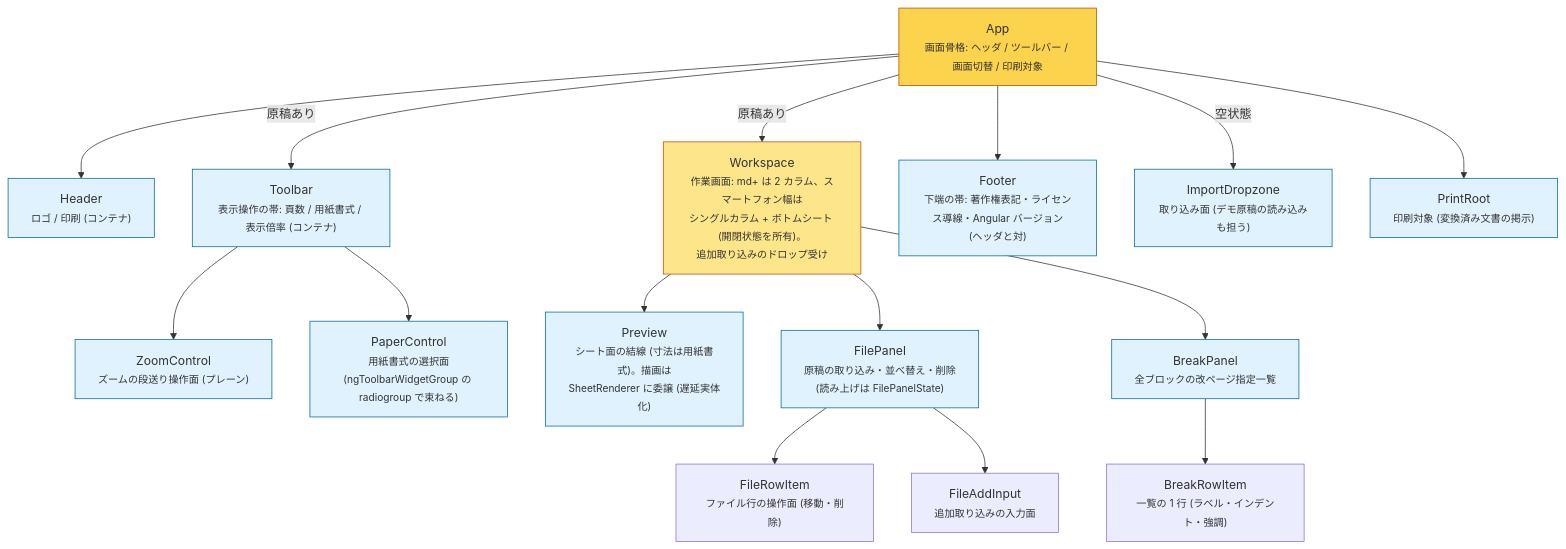
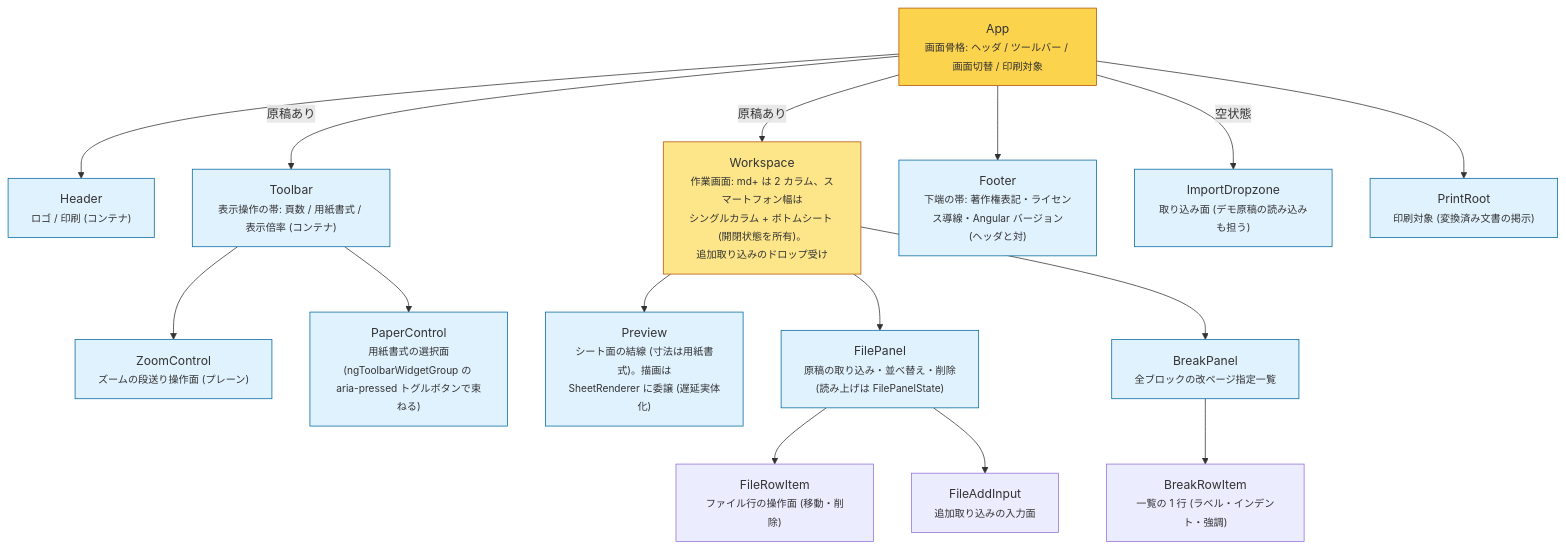
The diagram in docs/component-tree.md (lacolaco/printmd), drawn with Mermaid before and after one commit. The commit also changed 8 other files, not shown here.

````diff
--- a/docs/component-tree.md
+++ b/docs/component-tree.md
@@ -6,40 +6,40 @@
 ```mermaid
 flowchart TB
   APP["App<br/><small>画面骨格: ヘッダ / ツールバー / 画面切替 / 印刷対象</small>"]
   HEADER["Header<br/><small>ロゴ / 印刷 (コンテナ)</small>"]
   TOOLBAR["Toolbar<br/><small>表示操作の帯: 頁数 / 用紙書式 / 表示倍率 (コンテナ)</small>"]
   ZOOMC["ZoomControl<br/><small>ズームの段送り操作面 (プレーン)</small>"]
-  PAPERC["PaperControl<br/><small>用紙書式の選択面<br/>(ngToolbarWidgetGroup の radiogroup で束ねる)</small>"]
+  PAPERC["PaperControl<br/><small>用紙書式の選択面<br/>(ngToolbarWidgetGroup の aria-pressed トグルボタンで束ねる)</small>"]
   WS["Workspace<br/><small>作業画面: md+ は 2 カラム、スマートフォン幅は<br/>シングルカラム + ボトムシート (開閉状態を所有)。<br/>追加取り込みのドロップ受け</small>"]
   PREVIEW["Preview<br/><small>シート面の結線 (寸法は用紙書式)。描画は<br/>SheetRenderer に委譲 (遅延実体化)</small>"]
   FILEP["FilePanel<br/><small>原稿の取り込み・並べ替え・削除<br/>(読み上げは FilePanelState)</small>"]
   BREAKP["BreakPanel<br/><small>全ブロックの改ページ指定一覧</small>"]
   BREAKROW["BreakRowItem<br/><small>一覧の 1 行 (ラベル・インデント・強調)</small>"]
   FILEROW["FileRowItem<br/><small>ファイル行の操作面 (移動・削除)</small>"]
   FILEADD["FileAddInput<br/><small>追加取り込みの入力面</small>"]
   FOOTER["Footer<br/><small>下端の帯: 著作権表記・ライセンス導線・Angular バージョン<br/>(ヘッダと対)</small>"]
   DROP["ImportDropzone<br/><small>取り込み面 (デモ原稿の読み込みも担う)</small>"]
   PRINT["PrintRoot<br/><small>印刷対象 (変換済み文書の掲示)</small>"]
 
   APP --> HEADER
   APP -->|"原稿あり"| TOOLBAR
   TOOLBAR --> ZOOMC
   TOOLBAR --> PAPERC
   APP --> FOOTER
   APP -->|"原稿あり"| WS
   APP -->|"空状態"| DROP
   APP --> PRINT
   WS --> PREVIEW
   WS --> FILEP
   WS --> BREAKP
   BREAKP --> BREAKROW
   FILEP --> FILEROW
   FILEP --> FILEADD
 
   classDef shell fill:#fcd34d,stroke:#b45309
   classDef layout fill:#fde68a,stroke:#b45309
   classDef leaf fill:#e0f2fe,stroke:#0369a1
   class APP shell
   class WS layout
   class HEADER,TOOLBAR,ZOOMC,PAPERC,PREVIEW,FILEP,BREAKP,FOOTER,DROP,PRINT leaf
 ```
````
